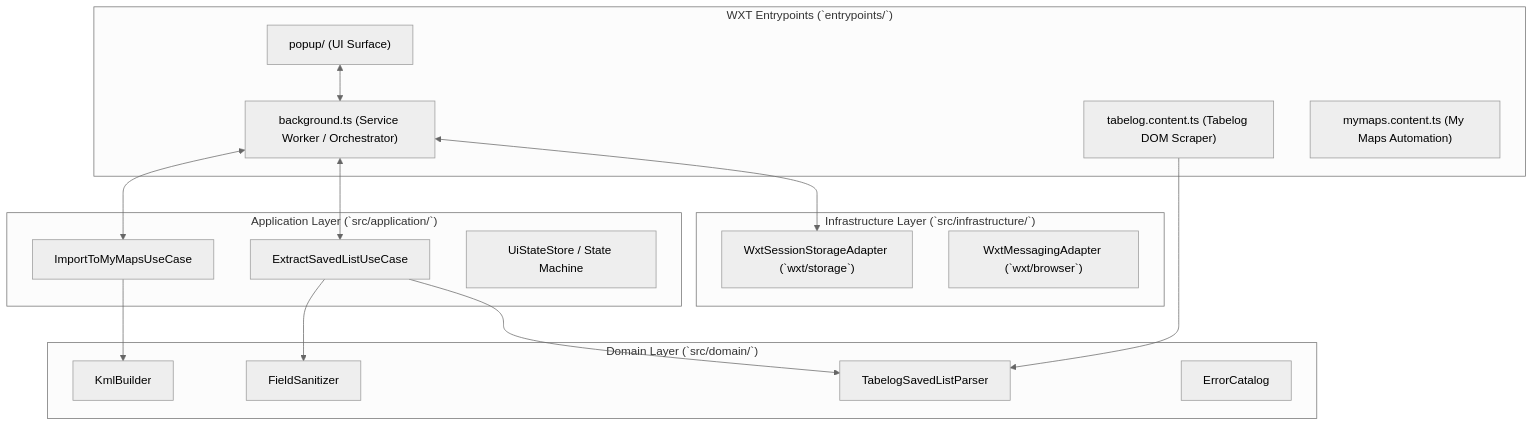
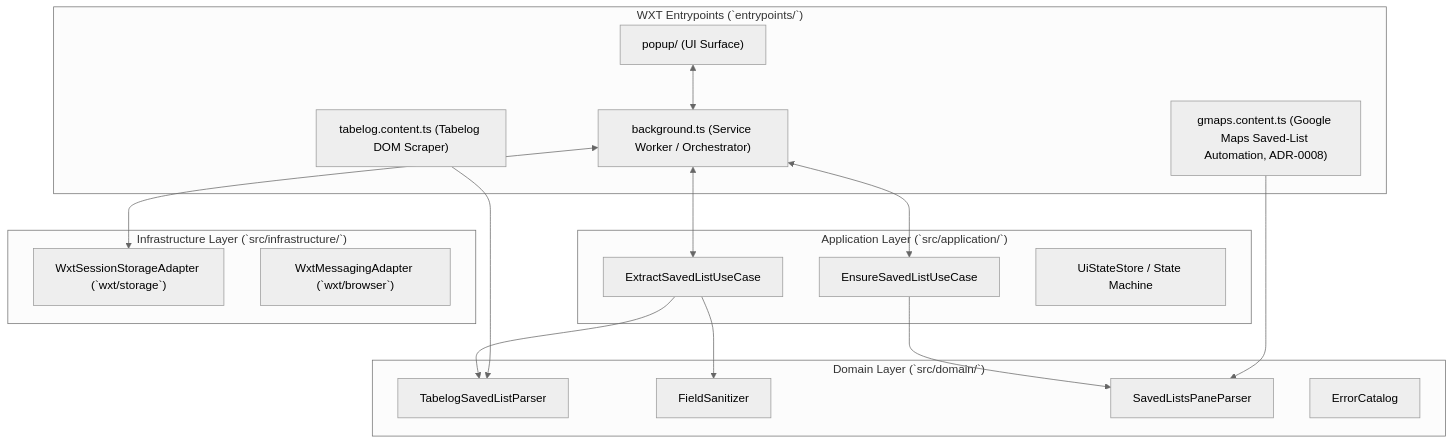
Before and after one commit to photom/import2gmap: the diagram in docs/explanation/wxt-architecture-design.md, drawn with Mermaid (neutral theme). The commit also changed other lines of this file and 62 other files, not shown here.

````diff
--- a/docs/explanation/wxt-architecture-design.md
+++ b/docs/explanation/wxt-architecture-design.md
@@ -13,36 +13,37 @@
 ```mermaid
 flowchart TD
   subgraph Entrypoints ["WXT Entrypoints (`entrypoints/`)"]
     Popup["popup/ (UI Surface)"]
     Background["background.ts (Service Worker / Orchestrator)"]
     TabelogCS["tabelog.content.ts (Tabelog DOM Scraper)"]
-    MyMapsCS["mymaps.content.ts (My Maps Automation)"]
+    GoogleMapsCS["gmaps.content.ts (Google Maps Saved-List Automation, ADR-0008)"]
   end
 
   subgraph Application ["Application Layer (`src/application/`)"]
     ExtractUC["ExtractSavedListUseCase"]
-    ImportUC["ImportToMyMapsUseCase"]
+    ImportUC["EnsureSavedListUseCase"]
     UiStateStore["UiStateStore / State Machine"]
   end
 
   subgraph Domain ["Domain Layer (`src/domain/`)"]
     Parser["TabelogSavedListParser"]
     Sanitizer["FieldSanitizer"]
-    KmlBuilder["KmlBuilder"]
+    SavedListsPane["SavedListsPaneParser"]
     ErrorCatalog["ErrorCatalog"]
   end
 
   subgraph Infrastructure ["Infrastructure Layer (`src/infrastructure/`)"]
     WxtStorage["WxtSessionStorageAdapter (`wxt/storage`)"]
     WxtMessaging["WxtMessagingAdapter (`wxt/browser`)"]
   end
 
   Popup <--> Background
   Background <--> WxtStorage
   Background <--> ExtractUC
   Background <--> ImportUC
   ExtractUC --> Parser
   ExtractUC --> Sanitizer
-  ImportUC --> KmlBuilder
+  ImportUC --> SavedListsPane
   TabelogCS --> Parser
+  GoogleMapsCS --> SavedListsPane
 ```
````
